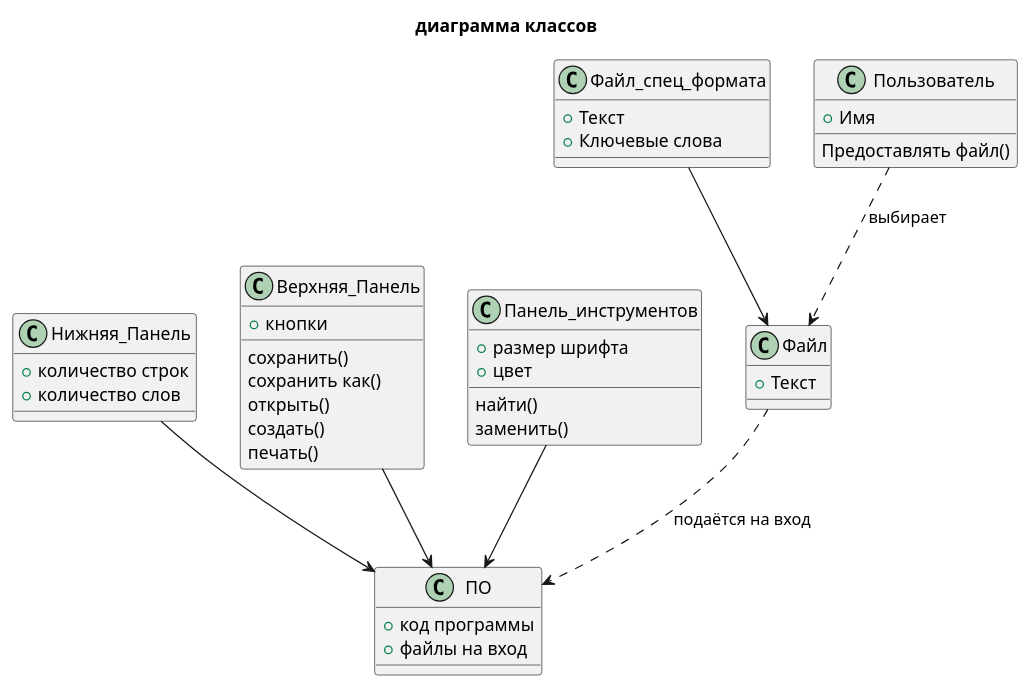
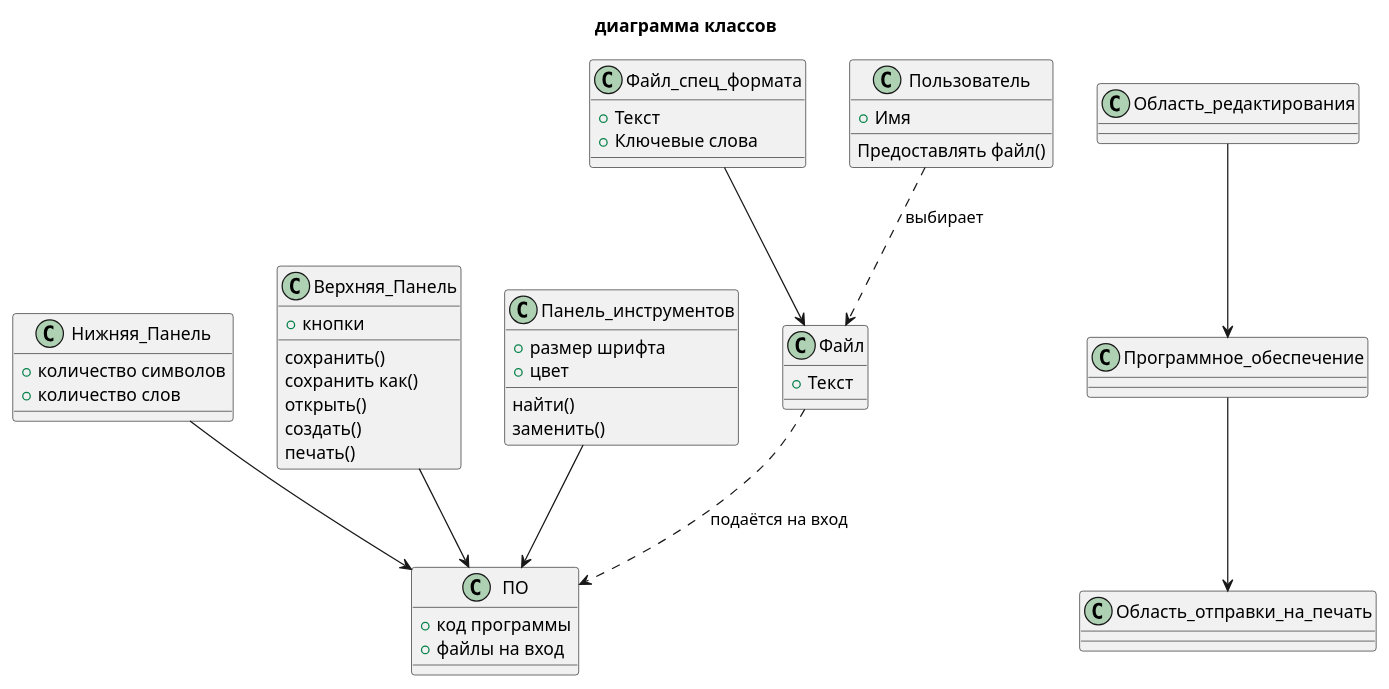
Before and after one commit to mihmoh2024/tmp: the second of 3 diagrams in LR_1/LR_1.puml, drawn with PlantUML. The commit also changed other lines of this file, not shown here.

```diff
--- a/LR_1/LR_1.puml
+++ b/LR_1/LR_1.puml
@@ -28,42 +28,50 @@
 @startuml
 title диаграмма классов 
 class Файл{
 +Текст
 }
 class Файл_спец_формата{
 +Текст
 +Ключевые слова
 }
 class Пользователь{
 +Имя
 Предоставлять файл()
 }
 class ПО{
 +код программы
 +файлы на вход
 }
 class Нижняя_Панель{
-+ количество строк
++ количество символов
 + количество слов
 }
 class Верхняя_Панель{
 + кнопки
 сохранить()
 сохранить как()
 открыть()
 создать()
 печать()
 }
 class Панель_инструментов{
 + размер шрифта
 + цвет
 найти()
 заменить()
 }
+class Область_редактирования{
+
+}
+class Область_отправки_на_печать{
+
+}
 Файл_спец_формата --> Файл
 Пользователь ..> Файл: выбирает
 Файл ..> ПО: подаётся на вход
+Область_редактирования --> Программное_обеспечение
+Программное_обеспечение --> Область_отправки_на_печать
 Верхняя_Панель --> ПО
 Панель_инструментов --> ПО
 Нижняя_Панель --> ПО
 @enduml
```
